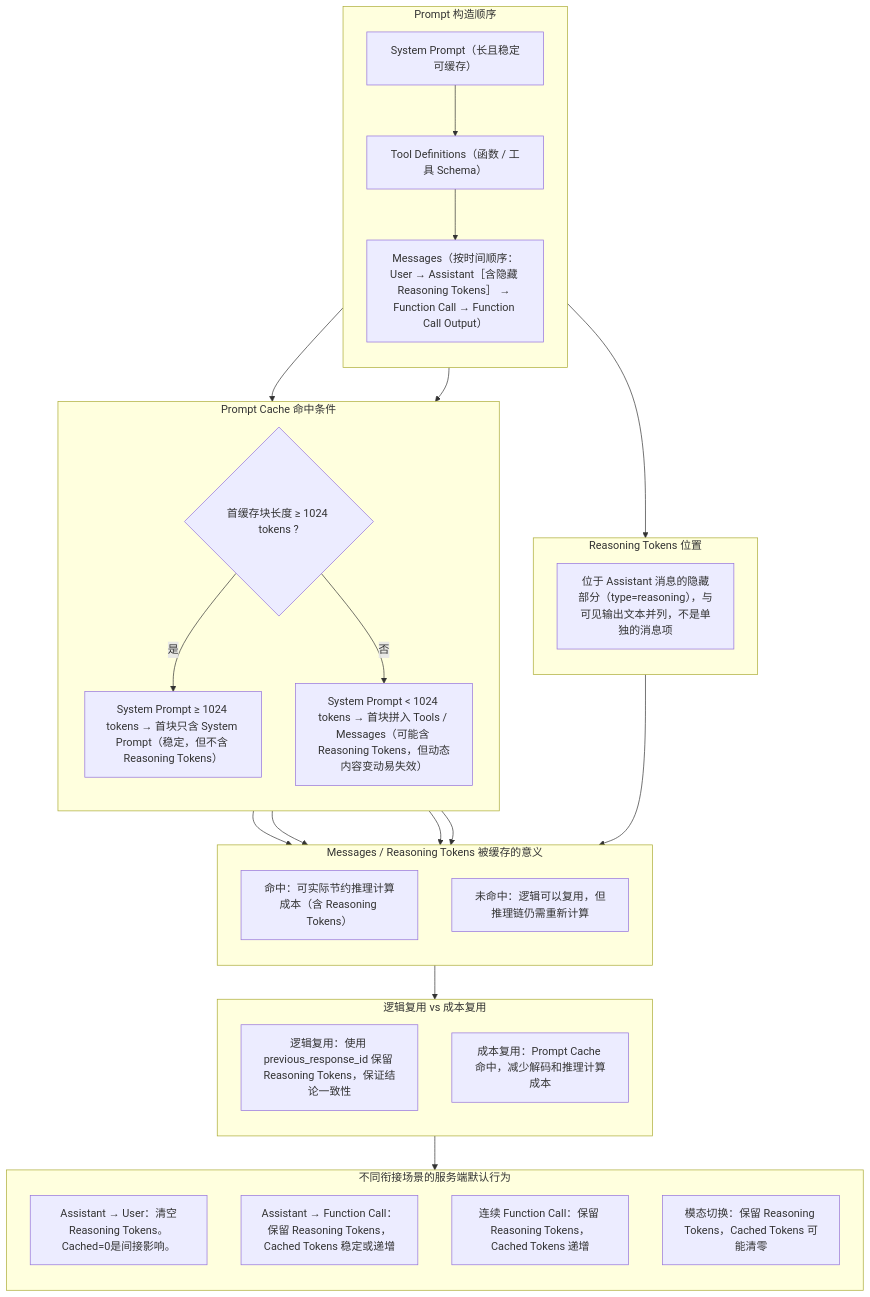
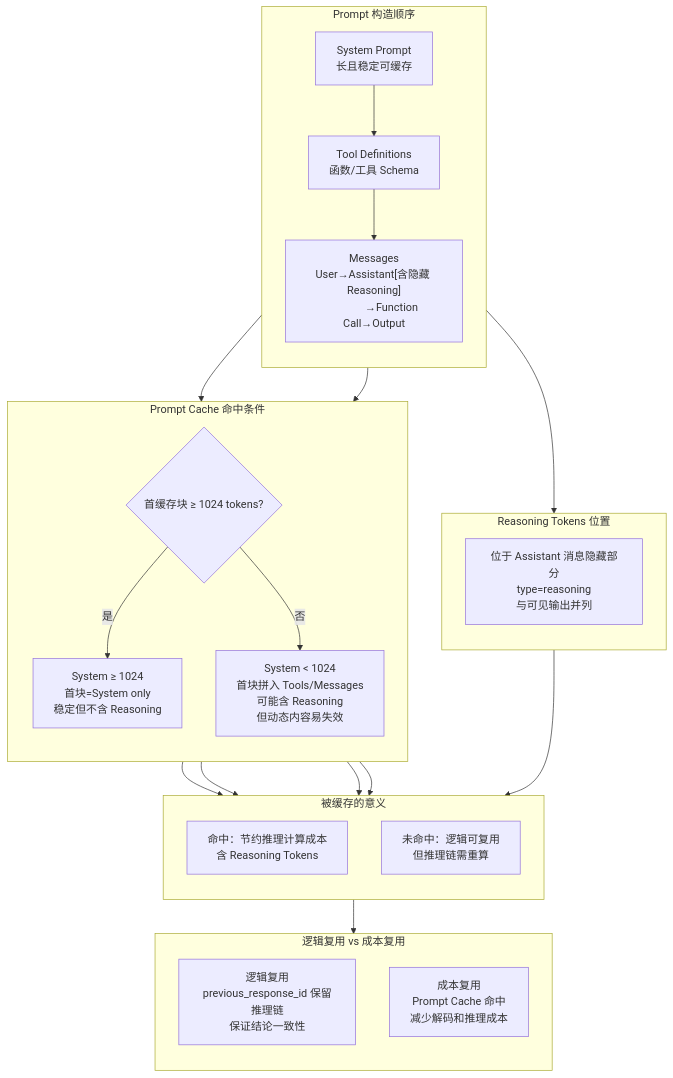
Before and after one commit to david-xinyuwei/david-share: the diagram in Agents/AOAI-GPT5-ResponseAPI/readme-Chinese.md, drawn with Mermaid. The commit also changed 1 other file, not shown here.

````diff
--- a/Agents/AOAI-GPT5-ResponseAPI/readme-Chinese.md
+++ b/Agents/AOAI-GPT5-ResponseAPI/readme-Chinese.md
@@ -161,63 +161,54 @@
 ```mermaid
 flowchart TB
     %% Prompt 构造顺序
     subgraph PromptStructure["Prompt 构造顺序"]
         direction TB
-        Sys["System Prompt（长且稳定可缓存）"]
-        Tools["Tool Definitions（函数 / 工具 Schema）"]
-        Msgs["Messages（按时间顺序：User → Assistant［含隐藏 Reasoning Tokens］ → Function Call → Function Call Output）"]
+        Sys["System Prompt<br/>长且稳定可缓存"]
+        Tools["Tool Definitions<br/>函数/工具 Schema"]
+        Msgs["Messages<br/>User→Assistant[含隐藏 Reasoning]
+              →Function Call→Output"]
         Sys --> Tools --> Msgs
     end
 
     %% Reasoning Tokens 位置
     subgraph COTPosition["Reasoning Tokens 位置"]
         direction TB
-        COT["位于 Assistant 消息的隐藏部分（type=reasoning），与可见输出文本并列，不是单独的消息项"]
+        COT["位于 Assistant 消息隐藏部分<br/>type=reasoning<br/>与可见输出并列"]
     end
     Msgs --> COT
 
     %% Prompt Cache 命中条件
     subgraph CacheCondition["Prompt Cache 命中条件"]
         direction TB
-        LenCheck{"首缓存块长度 ≥ 1024 tokens ?"}
-        SysOnly["System Prompt ≥ 1024 tokens → 首块只含 System Prompt（稳定，但不含 Reasoning Tokens）"]
-        SysShort["System Prompt < 1024 tokens → 首块拼入 Tools / Messages（可能含 Reasoning Tokens，但动态内容变动易失效）"]
+        LenCheck{"首缓存块 ≥ 1024 tokens?"}
+        SysOnly["System ≥ 1024<br/>首块=System only<br/>稳定但不含 Reasoning"]
+        SysShort["System < 1024<br/>首块拼入 Tools/Messages<br/>可能含 Reasoning<br/>但动态内容易失效"]
 
         LenCheck -- 是 --> SysOnly
         LenCheck -- 否 --> SysShort
     end
     Sys --> LenCheck
 
     %% 缓存意义
-    subgraph CacheMeaning["Messages / Reasoning Tokens 被缓存的意义"]
+    subgraph CacheMeaning["被缓存的意义"]
         direction TB
-        SaveCost["命中：可实际节约推理计算成本（含 Reasoning Tokens）"]
-        NoSave["未命中：逻辑可以复用，但推理链仍需重新计算"]
+        SaveCost["命中：节约推理计算成本<br/>含 Reasoning Tokens"]
+        NoSave["未命中：逻辑可复用<br/>但推理链需重算"]
     end
     SysOnly --> SaveCost
     SysShort --> SaveCost
     SysShort --> NoSave
 
     %% 逻辑 vs 成本复用
     subgraph LogicVsCost["逻辑复用 vs 成本复用"]
         direction TB
-        LogicReuse["逻辑复用：使用 previous_response_id 保留 Reasoning Tokens，保证结论一致性"]
-        CostReuse["成本复用：Prompt Cache 命中，减少解码和推理计算成本"]
-    end
-
-    %% 服务端行为
-    subgraph ServerBehavior["不同衔接场景的服务端默认行为"]
-        direction TB
-        AtoU["Assistant → User：清空Reasoning Tokens。Cached=0是间接影响。"]
-        AtoF["Assistant → Function Call：保留 Reasoning Tokens，Cached Tokens 稳定或递增"]
-        FtoF["连续 Function Call：保留 Reasoning Tokens，Cached Tokens 递增"]
-        ModalSwitch["模态切换：保留 Reasoning Tokens，Cached Tokens 可能清零"]
+        LogicReuse["逻辑复用<br/>previous_response_id 保留推理链<br/>保证结论一致性"]
+        CostReuse["成本复用<br/>Prompt Cache 命中<br/>减少解码和推理成本"]
     end
 
     %% 链接关系
     CacheCondition --> CacheMeaning
     PromptStructure --> CacheCondition
     COT --> CacheMeaning
     CacheMeaning --> LogicVsCost
-    LogicVsCost --> ServerBehavior
 ```
````
